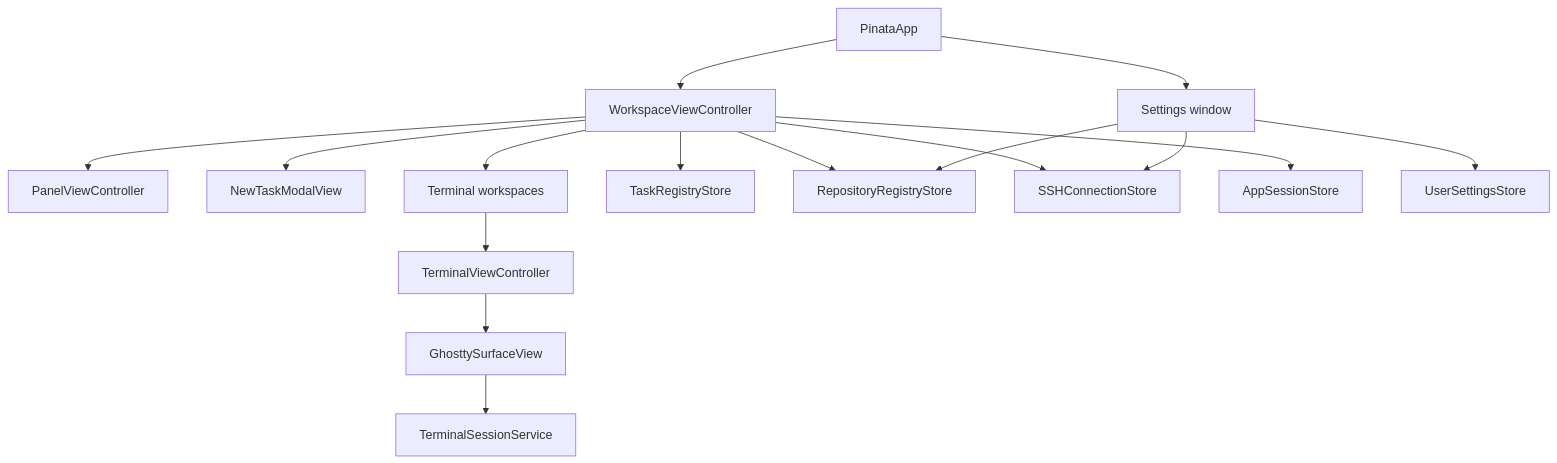
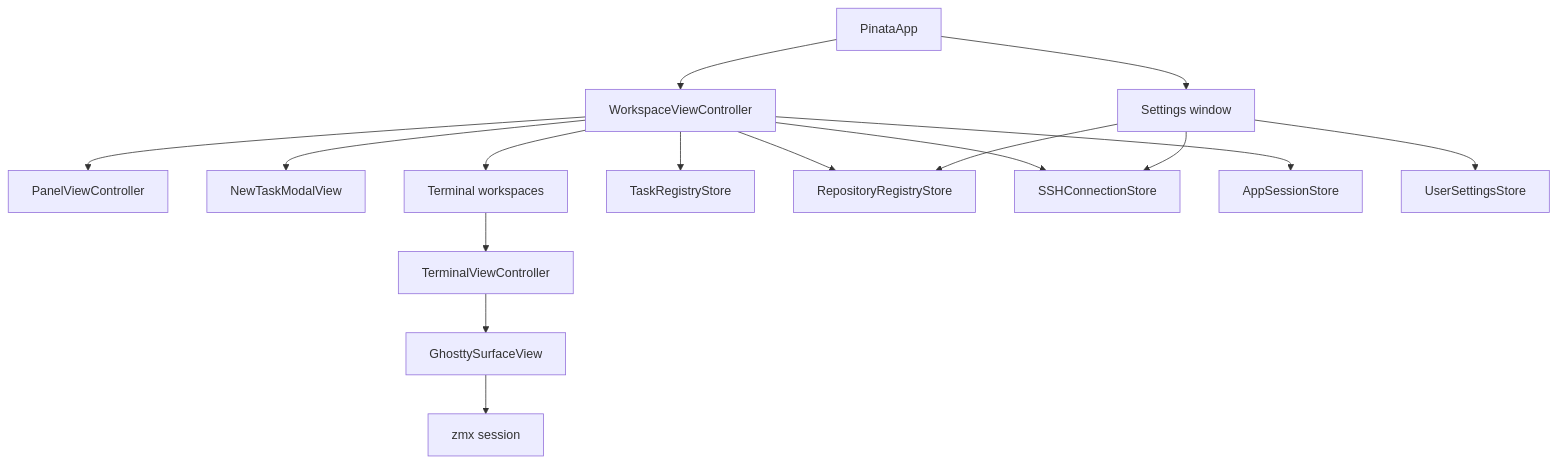
One commit to gh0stonio/pinata changed the first of 5 diagrams in docs/application-architecture.md. Above: the diagram before and after it, drawn with Mermaid. The commit also changed other lines of this file and 16 other files, not shown here.

Commit message:
Use zmx for durable terminal sessions

````diff
--- a/docs/application-architecture.md
+++ b/docs/application-architecture.md
@@ -7,18 +7,18 @@
 ```mermaid
 flowchart TB
     App[PinataApp] --> Workspace[WorkspaceViewController]
     App --> Settings[Settings window]
     Workspace --> Panel[PanelViewController]
     Workspace --> TaskModal[NewTaskModalView]
     Workspace --> Terminals[Terminal workspaces]
     Workspace --> TaskStore[TaskRegistryStore]
     Workspace --> RepositoryStore[RepositoryRegistryStore]
     Workspace --> ConnectionStore[SSHConnectionStore]
     Workspace --> SessionStore[AppSessionStore]
     Terminals --> TerminalVC[TerminalViewController]
     TerminalVC --> Ghostty[GhosttySurfaceView]
-    Ghostty --> Service[TerminalSessionService]
+    Ghostty --> Zmx[zmx session]
     Settings --> Theme[UserSettingsStore]
     Settings --> RepositoryStore
     Settings --> ConnectionStore
 ```
````
